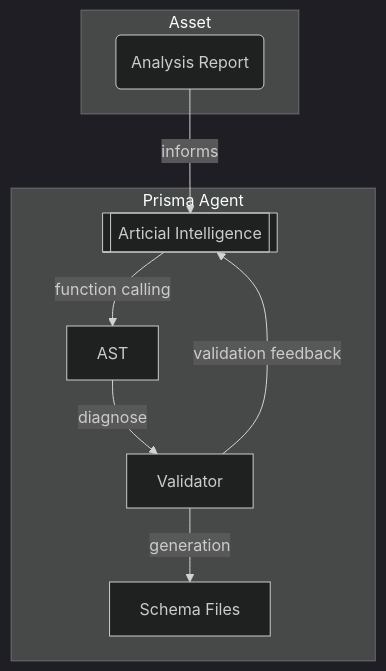
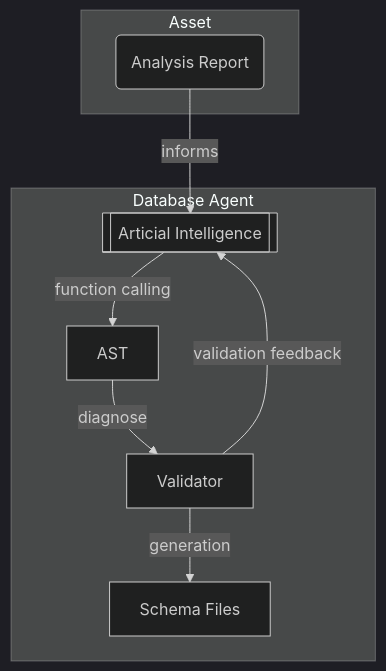
The first of 4 diagrams in website/src/content/docs/concepts/waterfall.mdx (RavenView-ai/autobe), drawn with Mermaid (dark theme) before and after one commit. The commit also changed other lines of this file and 355 other files, not shown here.

First line of the commit message:
feat(interface): renaming from prisma to database (#886)

````diff
--- a/website/src/content/docs/concepts/waterfall.mdx
+++ b/website/src/content/docs/concepts/waterfall.mdx
@@ -43,13 +43,13 @@
 ```mermaid
 flowchart
 subgraph "Asset"
   analysis("Analysis Report")
 end
 analysis --"informs"--> AI
-subgraph "Prisma Agent"
+subgraph "Database Agent"
   AI[["Articial Intelligence"]] --"function calling"--> ast["AST"]
   ast --"diagnose" --> validator["Validator"]
   validator --"validation feedback" --> AI
   validator --"generation" --> schema["Schema Files"]
 end
 ```
````
